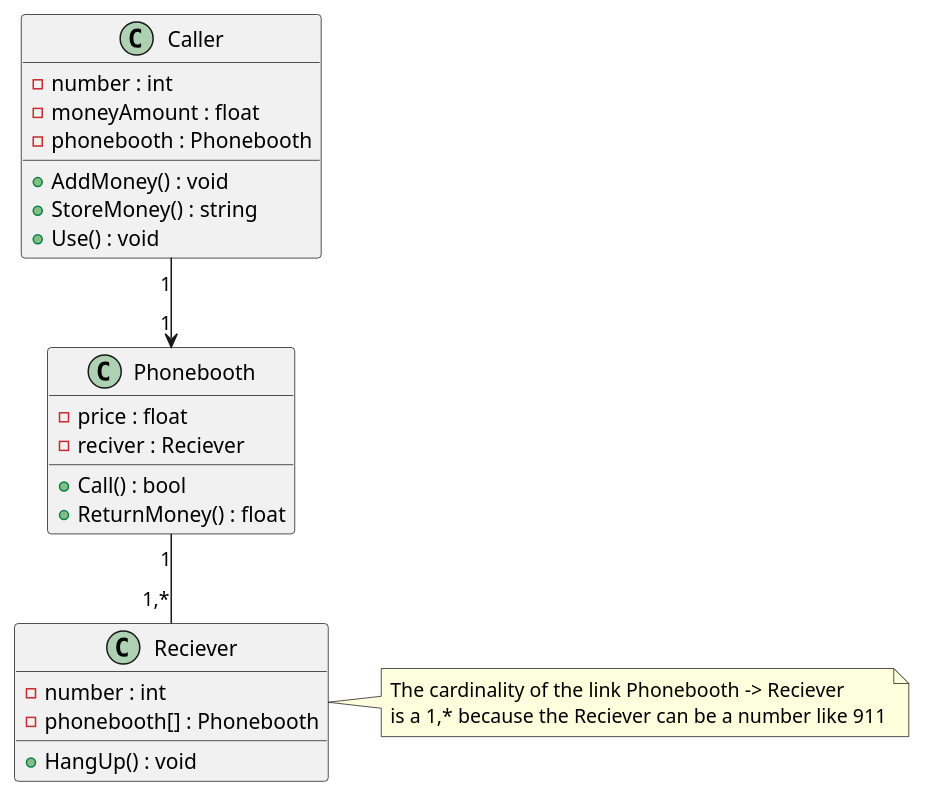
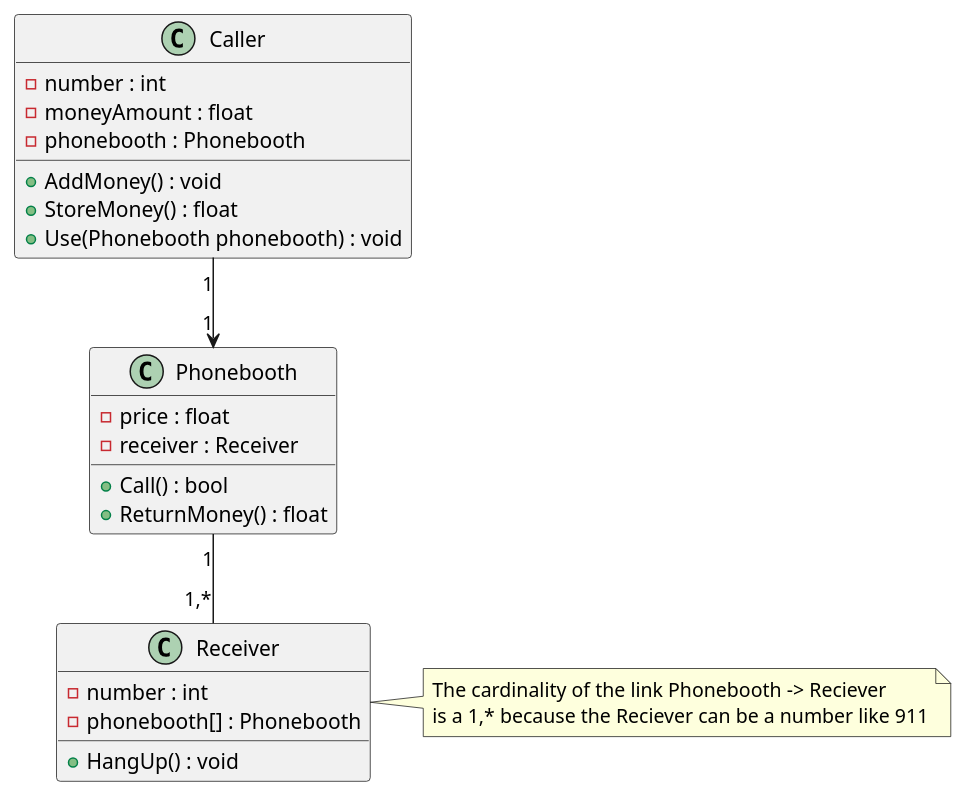
The diagram in documentation/ClassDiagram-publiphone.puml (CPNV-ES/UML1-BJV), drawn with PlantUML before and after one commit. The commit also changed 1 other file, not shown here.

```diff
--- a/documentation/ClassDiagram-publiphone.puml
+++ b/documentation/ClassDiagram-publiphone.puml
@@ -1,33 +1,33 @@
 @startuml
 skinparam classAttributeIconSize 11
 class Caller {
     - number : int
     - moneyAmount : float
     - phonebooth : Phonebooth
     + AddMoney() : void
-    + StoreMoney() : string
-    + Use() : void
+    + StoreMoney() : float
+    + Use(Phonebooth phonebooth) : void
 
 }
 class Phonebooth {
     - price : float
-    - reciver : Reciever
+    - receiver : Receiver
     + Call() : bool
     + ReturnMoney() : float
 }
 
-class Reciever {
+class Receiver {
     - number : int
     - phonebooth[] : Phonebooth
     + HangUp() : void
 }
 
 Caller "1" --> "1" Phonebooth
-Phonebooth "1" -- "1,*" Reciever
+Phonebooth "1" -- "1,*" Receiver
 
-note right of Reciever
+note right of Receiver
   The cardinality of the link Phonebooth -> Reciever
   is a 1,* because the Reciever can be a number like 911
 end note
 
 @enduml
```
